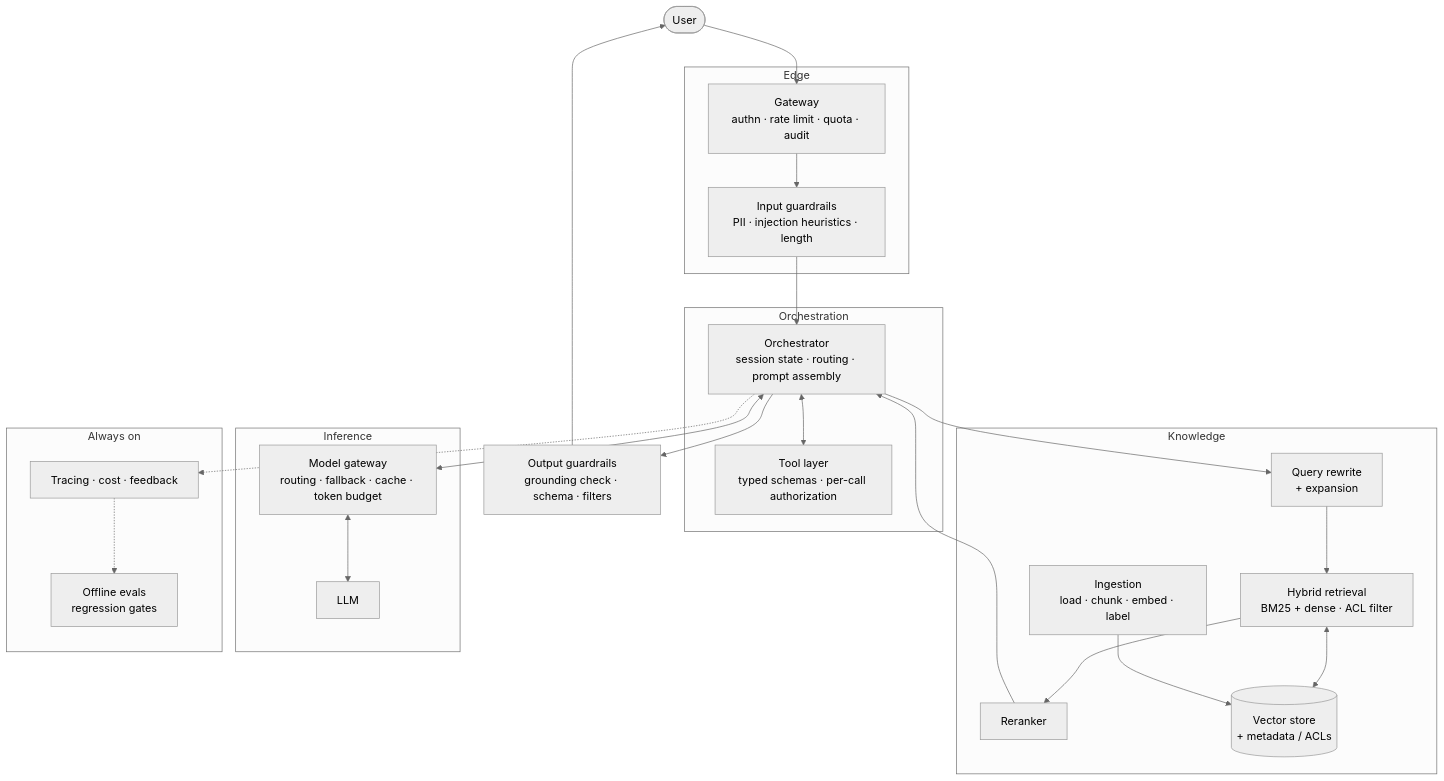
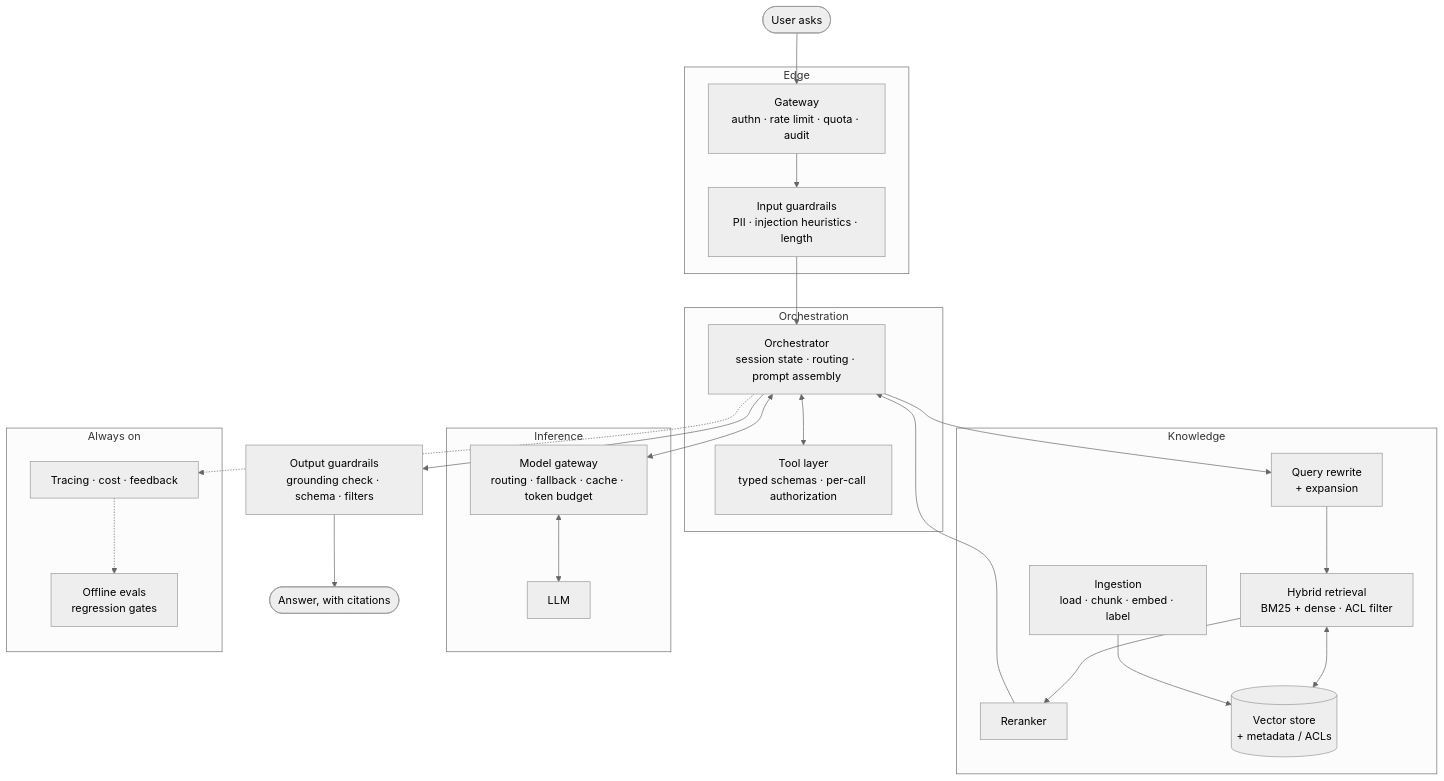
The diagram in ANSWERS.md (Mudabbirarafat/accuknox-assignment), drawn with Mermaid (neutral theme) before and after one commit.

Commit message:
Make the chatbot diagram read top to bottom
The back edge from the output guardrails to the User node made the graph
cyclic, and mermaid resolved that by dropping User and the whole edge
layer to the bottom of the picture - so the diagram opened on the
orchestrator and ended on the user who started it. Ending on a separate
'answer' node keeps the same information and lets it read in the order
the request actually travels.

````diff
--- a/ANSWERS.md
+++ b/ANSWERS.md
@@ -83,43 +83,46 @@
 ```mermaid
 flowchart TB
-    USER([User])
+    USER([User asks])
 
     subgraph EDGE ["Edge"]
         GATE["Gateway<br/>authn · rate limit · quota · audit"]
         GIN["Input guardrails<br/>PII · injection heuristics · length"]
     end
 
     subgraph BRAIN ["Orchestration"]
         ORC["Orchestrator<br/>session state · routing · prompt assembly"]
         TOOL["Tool layer<br/>typed schemas · per-call authorization"]
     end
 
     subgraph KNOW ["Knowledge"]
         REWR["Query rewrite<br/>+ expansion"]
         RETR["Hybrid retrieval<br/>BM25 + dense · ACL filter"]
         RANK["Reranker"]
         VDB[("Vector store<br/>+ metadata / ACLs")]
         INGEST["Ingestion<br/>load · chunk · embed · label"]
     end
 
     subgraph SERVE ["Inference"]
         MGW["Model gateway<br/>routing · fallback · cache · token budget"]
         LLM["LLM"]
     end
 
     subgraph WATCH ["Always on"]
         OBS["Tracing · cost · feedback"]
         EVAL["Offline evals<br/>regression gates"]
     end
 
+    GOUT["Output guardrails<br/>grounding check · schema · filters"]
+    REPLY([Answer, with citations])
+
     USER --> GATE --> GIN --> ORC
     ORC <--> TOOL
     ORC --> REWR --> RETR --> RANK --> ORC
     RETR <--> VDB
     INGEST --> VDB
     ORC <--> MGW
     MGW <--> LLM
-    ORC --> GOUT["Output guardrails<br/>grounding check · schema · filters"]
-    GOUT --> USER
-    ORC -.-> OBS -.-> EVAL
+    ORC --> GOUT --> REPLY
+    ORC -.-> OBS
+    OBS -.-> EVAL
 ```
````
